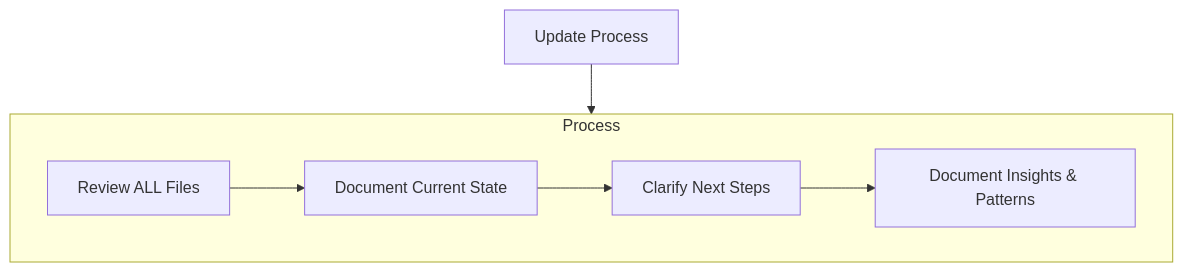
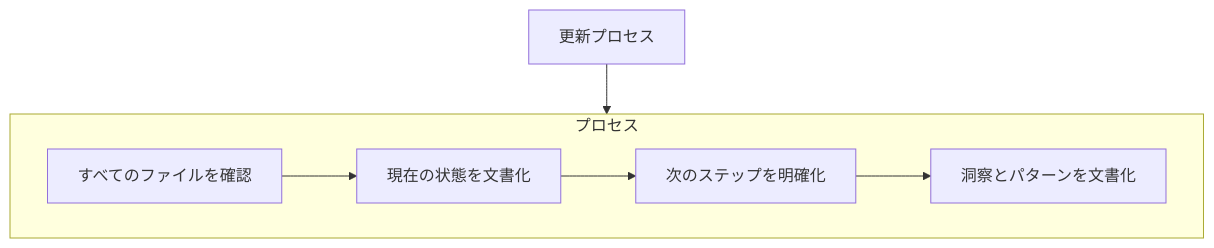
One commit to y-ichiuji/jam-checker changed the third of 3 diagrams in memory-bank/memory-bank.md. Above: the diagram before and after it, drawn with Mermaid. The commit also changed other lines of this file, not shown here.

````diff
--- a/memory-bank/memory-bank.md
+++ b/memory-bank/memory-bank.md
@@ -102,15 +102,15 @@
 ```mermaid
 flowchart TD
-    Start[Update Process]
+    Start[更新プロセス]
 
-    subgraph Process
-        P1[Review ALL Files]
-        P2[Document Current State]
-        P3[Clarify Next Steps]
-        P4[Document Insights & Patterns]
+    subgraph プロセス
+        P1[すべてのファイルを確認]
+        P2[現在の状態を文書化]
+        P3[次のステップを明確化]
+        P4[洞察とパターンを文書化]
 
         P1 --> P2 --> P3 --> P4
     end
 
-    Start --> Process
+    Start --> プロセス
 ```
````
